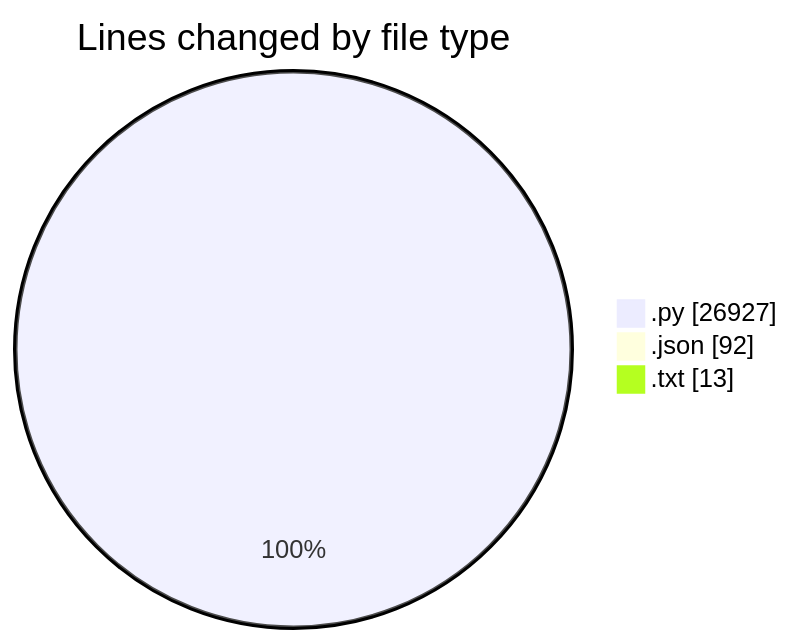
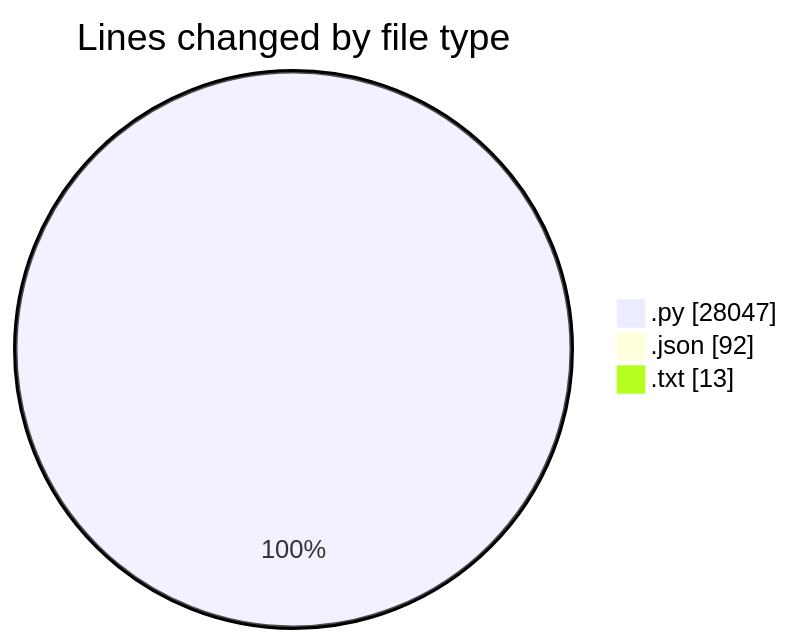
The first of 2 diagrams in 2025-07-13/telebot/README.md (jrari/code-tracking), drawn with Mermaid before and after one commit. The commit also changed other lines of this file and 1 other file, not shown here.

````diff
--- a/2025-07-13/telebot/README.md
+++ b/2025-07-13/telebot/README.md
@@ -65,7 +67,7 @@
 ```mermaid
 pie showData
 title Lines changed by file type
-".py" : 26927
+".py" : 28047
 ".json" : 92
 ".txt" : 13
 ```
````
